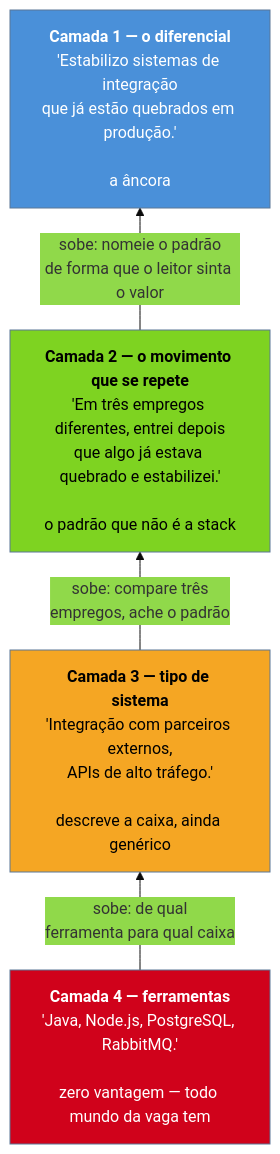
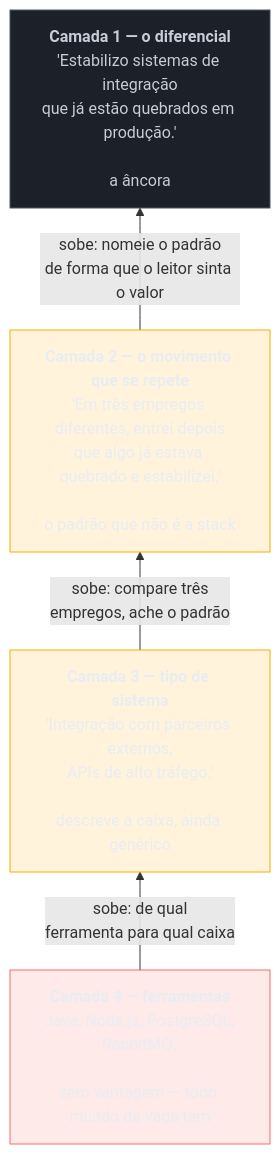
Before and after one commit to josenaldo/codex-technomanticus: the diagram in 03-Dominios/Carreira/Currículo/20 - A âncora.md, drawn with Mermaid. The commit also changed 1181 other files, not shown here.

First line of the commit message:
fix(diagramas): paleta do sistema no lugar de cor cravada no markdown

````diff
--- a/03-Dominios/Carreira/Currículo/20 - A âncora.md
+++ b/03-Dominios/Carreira/Currículo/20 - A âncora.md
@@ -63,17 +63,19 @@
 ```mermaid
-%%{init: {"theme": "base", "themeVariables": {"primaryColor": "#4A90D9"}}}%%
 graph BT
+    classDef falha fill:#FF6B6B24,stroke:#FF6B6B,color:#E9ECF2
+    classDef destaque fill:#FFAA0024,stroke:#FFAA00,color:#E9ECF2
+    classDef neutro fill:#1B2029,stroke:#4E5666,color:#C6CCD8
     C4["<b>Camada 4 — ferramentas</b><br/>'Java, Node.js, PostgreSQL, RabbitMQ.'<br/><br/>zero vantagem — todo mundo da vaga tem"]
     C3["<b>Camada 3 — tipo de sistema</b><br/>'Integração com parceiros externos,<br/>APIs de alto tráfego.'<br/><br/>descreve a caixa, ainda genérico"]
     C2["<b>Camada 2 — o movimento que se repete</b><br/>'Em três empregos diferentes, entrei depois<br/>que algo já estava quebrado e estabilizei.'<br/><br/>o padrão que não é a stack"]
     C1["<b>Camada 1 — o diferencial</b><br/>'Estabilizo sistemas de integração<br/>que já estão quebrados em produção.'<br/><br/>a âncora"]
 
     C4 -->|"sobe: de qual<br/>ferramenta para qual caixa"| C3
     C3 -->|"sobe: compare três<br/>empregos, ache o padrão"| C2
     C2 -->|"sobe: nomeie o padrão<br/>de forma que o leitor sinta o valor"| C1
 
-    style C4 fill:#D0021B,color:#fff
-    style C3 fill:#F5A623,color:#000
-    style C2 fill:#7ED321,color:#000
-    style C1 fill:#4A90D9,color:#fff
+    class C4 falha
+    class C3 destaque
+    class C2 destaque
+    class C1 neutro
 ```
````
